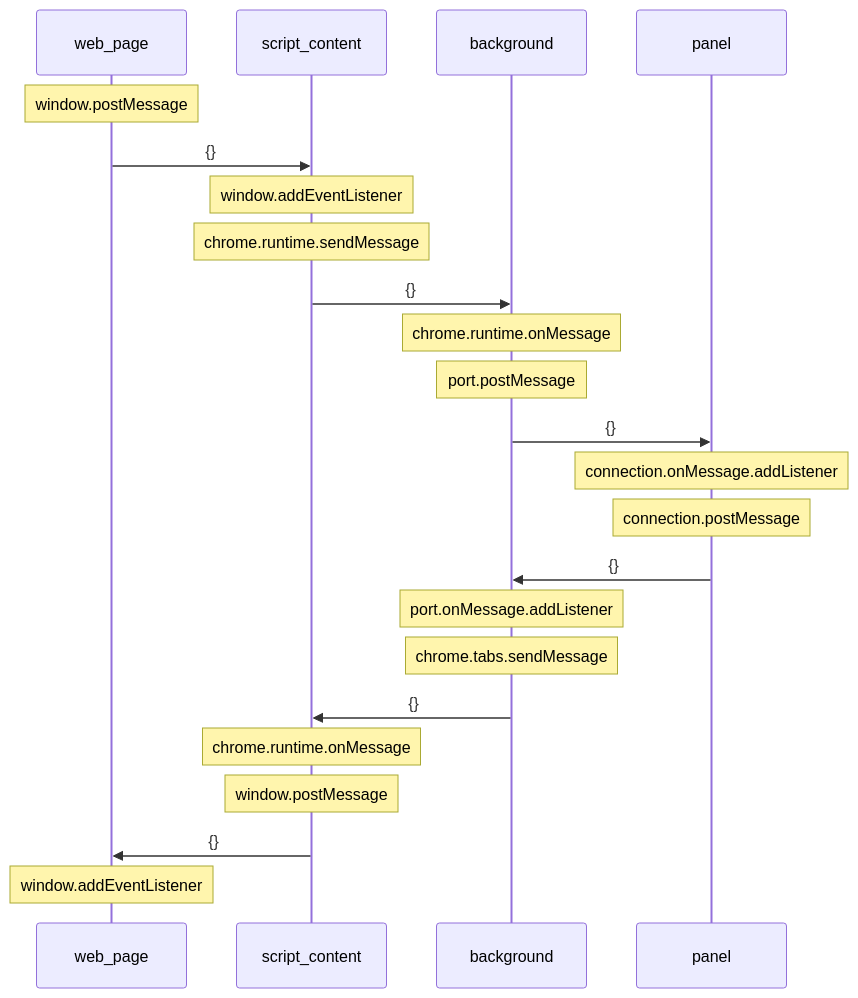
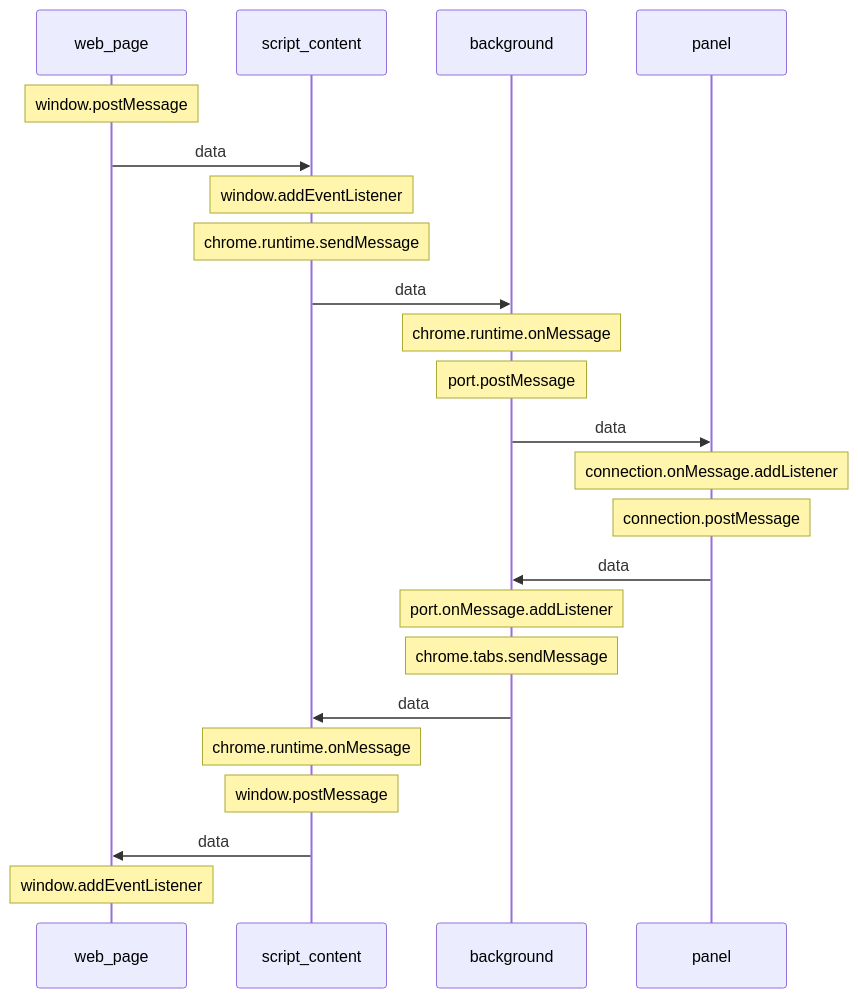
The diagram in libs/extension/readme.md (openInula/inula), drawn with Mermaid before and after one commit. The commit also changed other lines of this file, not shown here.

````diff
--- a/libs/extension/readme.md
+++ b/libs/extension/readme.md
@@ -22,26 +22,26 @@
 ```mermaid
 sequenceDiagram
     participant web_page
     participant script_content
     participant background
     participant panel
 
     Note over web_page: window.postMessage
-    web_page ->> script_content : {}
+    web_page ->> script_content : data
     Note over script_content: window.addEventListener
     Note over script_content: chrome.runtime.sendMessage
-    script_content ->> background : {}
+    script_content ->> background : data
     Note over background: chrome.runtime.onMessage
     Note over background: port.postMessage
-    background ->> panel : {}
+    background ->> panel : data
     Note over panel: connection.onMessage.addListener
     Note over panel: connection.postMessage
-    panel ->> background : {}
+    panel ->> background : data
     Note over background: port.onMessage.addListener
     Note over background: chrome.tabs.sendMessage
-    background ->> script_content : {}
+    background ->> script_content : data
     Note over script_content: chrome.runtime.onMessage
     Note over script_content: window.postMessage
-    script_content ->> web_page : {}
+    script_content ->> web_page : data
     Note over web_page: window.addEventListener
 ```
````
